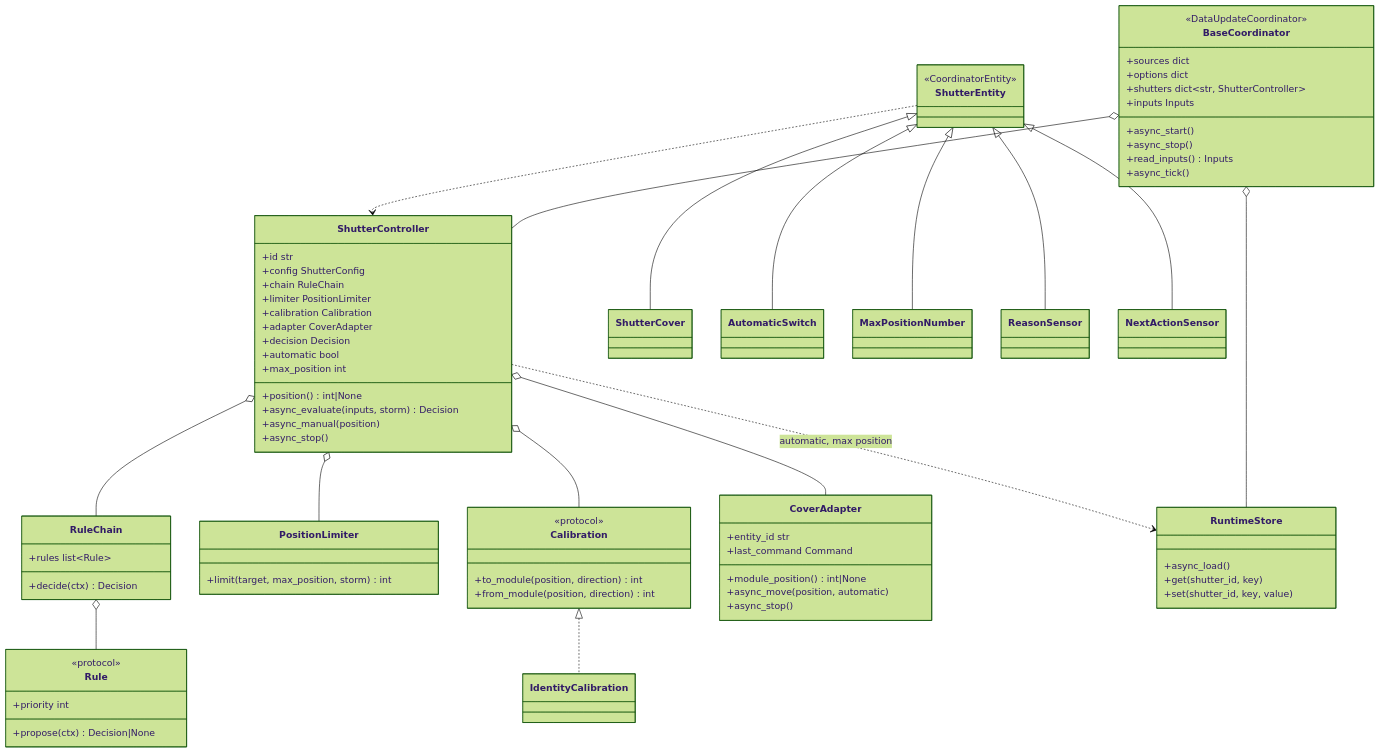
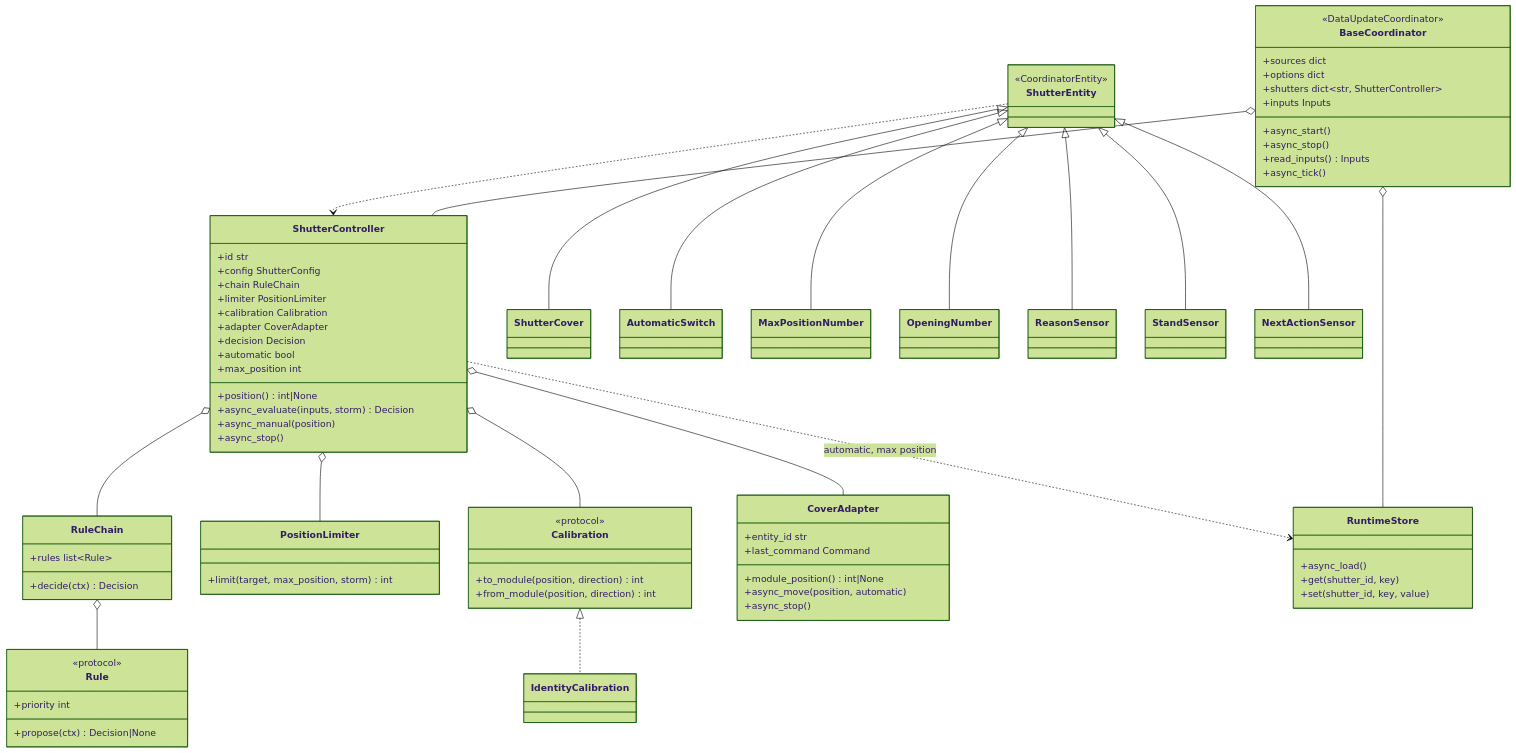
The fourth of 13 diagrams in docs/architecture.md (abroeders/smart-shutter-control), drawn with Mermaid (forest theme) before and after one commit. The commit also changed other lines of this file and 2 other files, not shown here.

Commit message:
docs: calibration fixes, opening and state in the design, architecture and changelog (#13, #14)

````diff
--- a/docs/architecture.md
+++ b/docs/architecture.md
@@ -75,78 +75,80 @@
 ```mermaid
 classDiagram
     direction TB
     class BaseCoordinator {
         <<DataUpdateCoordinator>>
         +sources dict
         +options dict
         +shutters dict~str, ShutterController~
         +inputs Inputs
         +async_start()
         +async_stop()
         +read_inputs() Inputs
         +async_tick()
     }
     class ShutterController {
         +id str
         +config ShutterConfig
         +chain RuleChain
         +limiter PositionLimiter
         +calibration Calibration
         +adapter CoverAdapter
         +decision Decision
         +automatic bool
         +max_position int
         +position() int|None
         +async_evaluate(inputs, storm) Decision
         +async_manual(position)
         +async_stop()
     }
     class RuleChain {
         +rules list~Rule~
         +decide(ctx) Decision
     }
     class Rule {
         <<protocol>>
         +priority int
         +propose(ctx) Decision|None
     }
     class PositionLimiter {
         +limit(target, max_position, storm) int
     }
     class Calibration {
         <<protocol>>
         +to_module(position, direction) int
         +from_module(position, direction) int
     }
     class IdentityCalibration
     class CoverAdapter {
         +entity_id str
         +last_command Command
         +module_position() int|None
         +async_move(position, automatic)
         +async_stop()
     }
     class RuntimeStore {
         +async_load()
         +get(shutter_id, key)
         +set(shutter_id, key, value)
     }
     class ShutterEntity {
         <<CoordinatorEntity>>
     }
     ShutterEntity <|-- ShutterCover
     ShutterEntity <|-- AutomaticSwitch
     ShutterEntity <|-- MaxPositionNumber
+    ShutterEntity <|-- OpeningNumber
     ShutterEntity <|-- ReasonSensor
+    ShutterEntity <|-- StandSensor
     ShutterEntity <|-- NextActionSensor
     BaseCoordinator o-- ShutterController
     BaseCoordinator o-- RuntimeStore
     ShutterController o-- RuleChain
     RuleChain o-- Rule
     ShutterController o-- PositionLimiter
     ShutterController o-- Calibration
     Calibration <|.. IdentityCalibration
     ShutterController o-- CoverAdapter
     ShutterController ..> RuntimeStore : automatic, max position
     ShutterEntity ..> ShutterController
 ```
````
